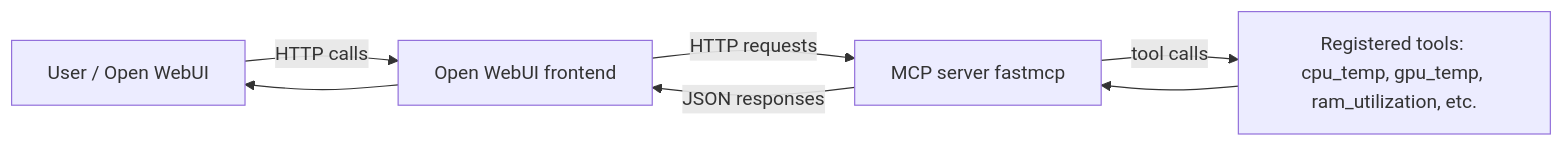
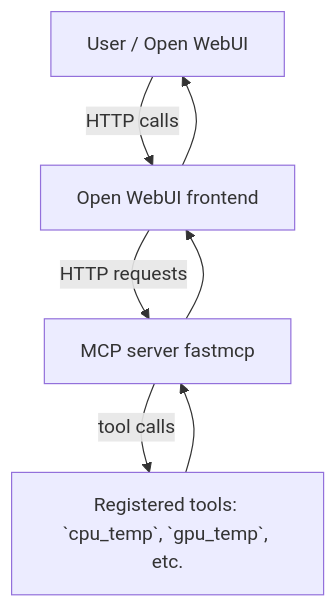
Before and after one commit to walkerjameschris/walkerjameschris.github.io: the diagram in _posts/2026-07-05-mcp-server.md, drawn with Mermaid.

````diff
--- a/_posts/2026-07-05-mcp-server.md
+++ b/_posts/2026-07-05-mcp-server.md
@@ -23,9 +23,9 @@
 ```mermaid
-flowchart LR
-    U[User / Open WebUI] -->|HTTP calls| W[Open WebUI frontend]
-    W -->|HTTP requests| S[MCP server fastmcp]
-    S -->|tool calls| T[Registered tools: cpu_temp, gpu_temp, ram_utilization, etc.]
+flowchart TD
+    U[User / Open WebUI] -- HTTP calls --> W[Open WebUI frontend]
+    W -- HTTP requests --> S[MCP server fastmcp]
+    S -- tool calls --> T[Registered tools: `cpu_temp`, `gpu_temp`, etc.]
     T --> S
-    S -->|JSON responses| W
+    S --> W
     W --> U
 ```
````
